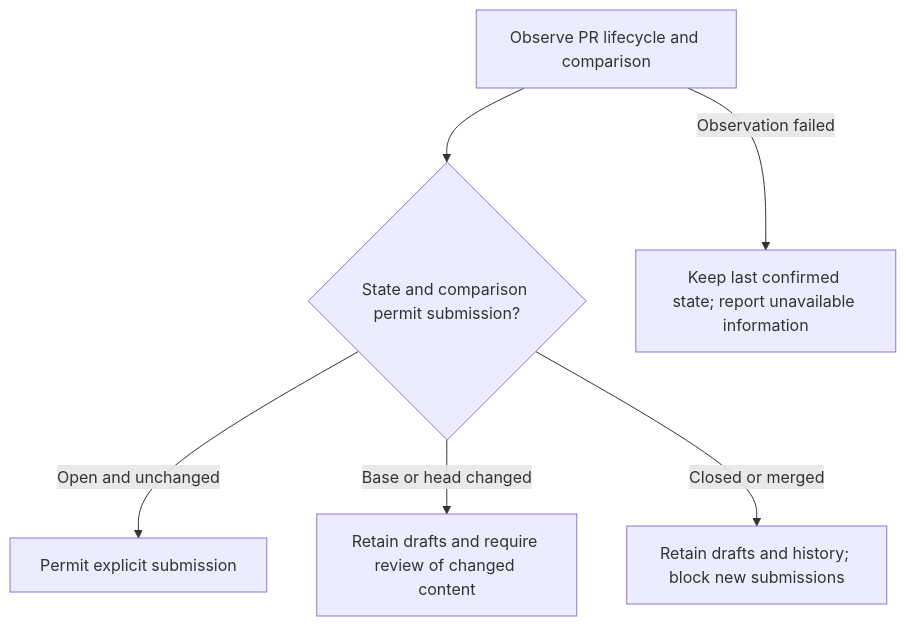
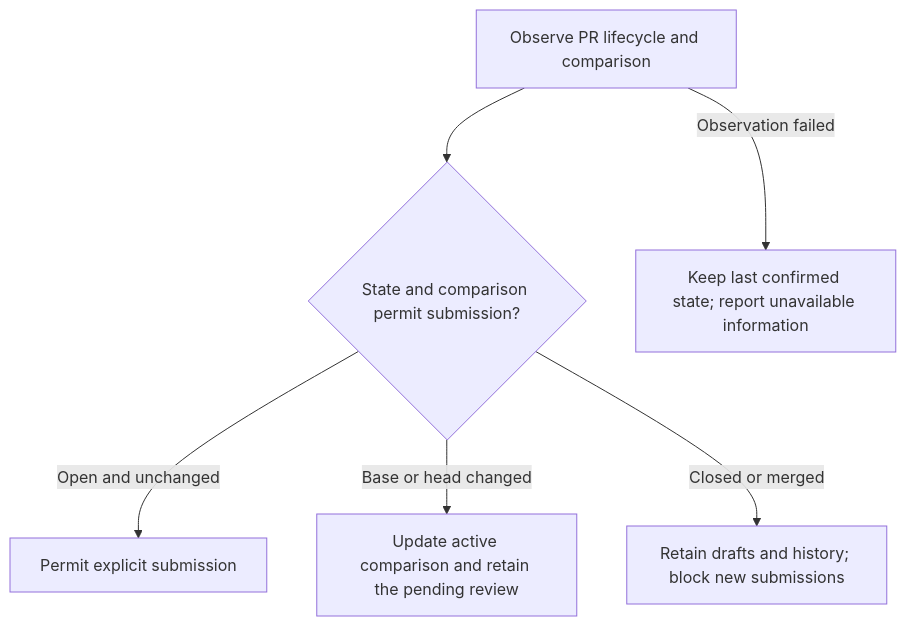
One commit to difflab-io/lgtm changed the fifth of 11 diagrams in docs/architecture/index.md. Above: the diagram before and after it, drawn with Mermaid. The commit also changed other lines of this file and 35 other files, not shown here.

````diff
--- a/docs/architecture/index.md
+++ b/docs/architecture/index.md
@@ -217,8 +217,8 @@
 ```mermaid
 flowchart TD
     Observation["Observe PR lifecycle and comparison"] --> Eligible{"State and comparison permit submission?"}
     Eligible -->|"Open and unchanged"| Ready["Permit explicit submission"]
-    Eligible -->|"Base or head changed"| Changed["Retain drafts and require review of changed content"]
+    Eligible -->|"Base or head changed"| Changed["Update active comparison and retain the pending review"]
     Eligible -->|"Closed or merged"| Closed["Retain drafts and history; block new submissions"]
     Observation -->|"Observation failed"| Unknown["Keep last confirmed state; report unavailable information"]
 ```
````
